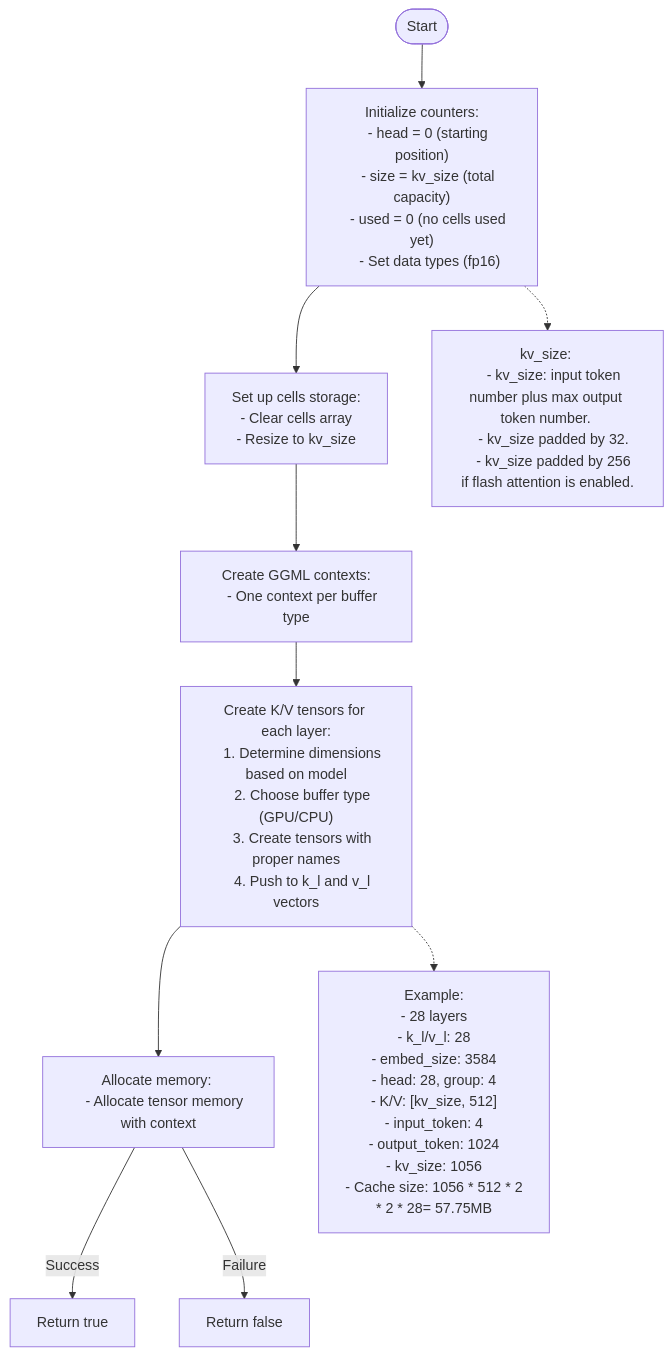
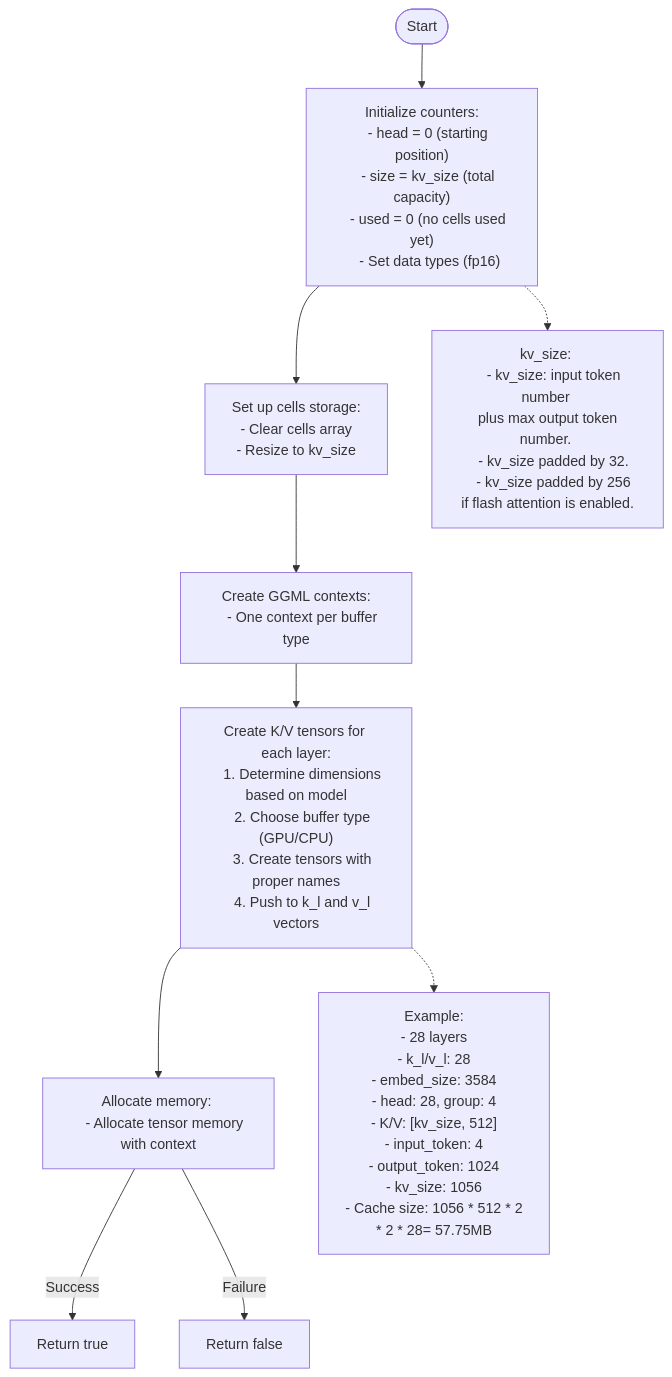
Before and after one commit to cshbli/ML-CV-AI: diagram 11 of 16 in LLM/llama.cpp_flowchart.md, drawn with Mermaid. The commit also changed 2 other files, not shown here.

Commit message:
Update qwen graph

````diff
--- a/LLM/llama.cpp_flowchart.md
+++ b/LLM/llama.cpp_flowchart.md
@@ -760,43 +760,43 @@
 ```mermaid
 flowchart TD
     start([Start]) --> init_counters["Initialize counters:
     - head = 0 (starting position)
     - size = kv_size (total capacity)
     - used = 0 (no cells used yet)
     - Set data types (fp16)"]    
     
     init_counters --> setup_cells["Set up cells storage:
     - Clear cells array
     - Resize to kv_size"]
 
     init_counters -.-> kv_size["kv_size: 
-    - kv_size: input token number plus max output token number. 
+    - kv_size: input token number <br> plus max output token number. 
     - kv_size padded by 32. 
     - kv_size padded by 256 <br>if flash attention is enabled."]
     
     setup_cells --> create_contexts["Create GGML contexts:
     - One context per buffer type"]
     
     create_contexts --> create_tensors["Create K/V tensors for each layer:
     1. Determine dimensions based on model
     2. Choose buffer type (GPU/CPU)
     3. Create tensors with proper names
     4. Push to k_l and v_l vectors"]    
     
     create_tensors --> allocate_memory["Allocate memory: 
     - Allocate tensor memory with context"]
 
     create_tensors -.-> cache_size["Example:
     - 28 layers 
     - k_l/v_l: 28
     - embed_size: 3584 
     - head: 28, group: 4
     - K/V: [kv_size, 512]
     - input_token: 4 
     - output_token: 1024
     - kv_size: 1056
     - Cache size: 1056 * 512 * 2 <br>* 2 * 28= 57.75MB"]
     
     allocate_memory -->|Success| return_true["Return true"]
     allocate_memory -->|Failure| return_false["Return false"]    
 ```
````
